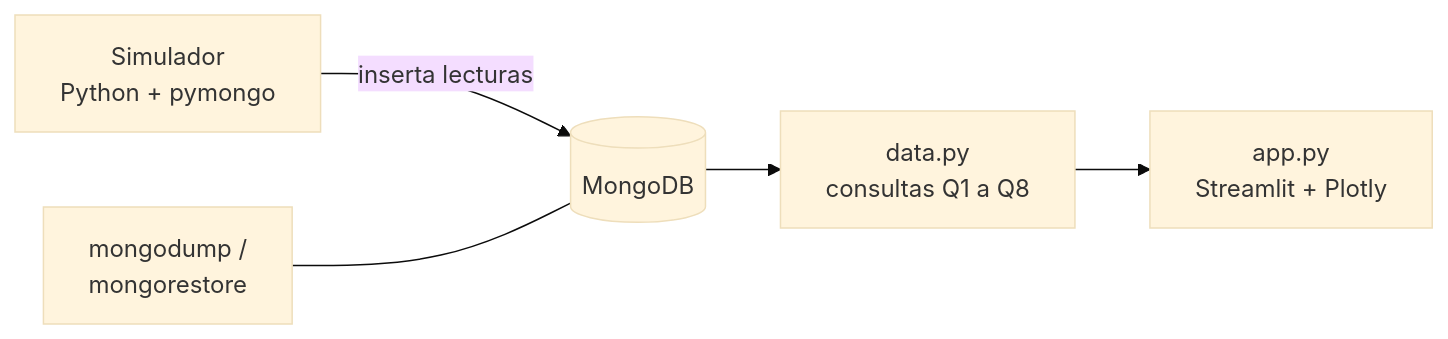
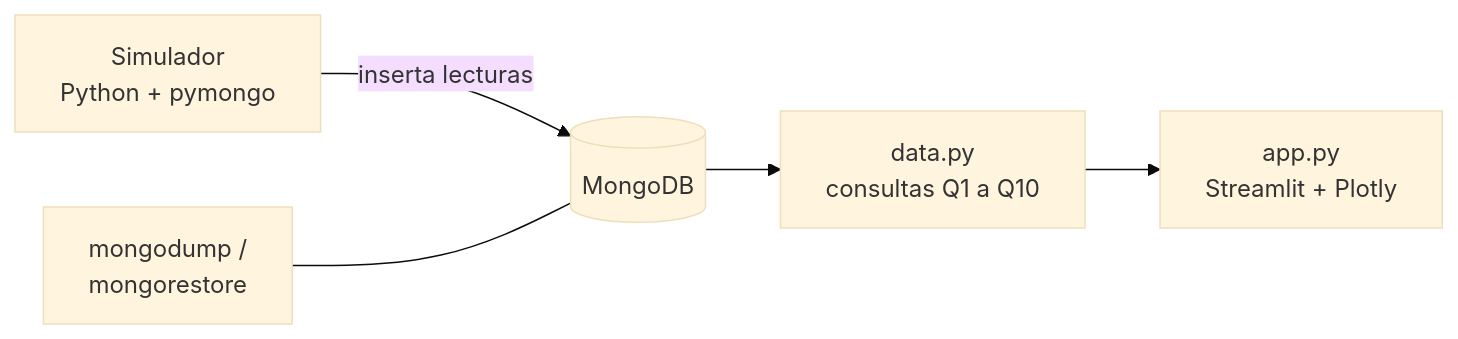
The diagram in docs/architecture.md (BarbozaFederico/agrosense), drawn with Mermaid (base theme) before and after one commit. The commit also changed other lines of this file and 9 other files, not shown here.

````diff
--- a/docs/architecture.md
+++ b/docs/architecture.md
@@ -5,7 +5,7 @@
 ```mermaid
 flowchart LR
     S[Simulador<br/>Python + pymongo] -->|inserta lecturas| M[(MongoDB)]
-    M --> D[data.py<br/>consultas Q1 a Q8]
+    M --> D[data.py<br/>consultas Q1 a Q10]
     D --> A[app.py<br/>Streamlit + Plotly]
     B[mongodump /<br/>mongorestore] --- M
 ```
````
